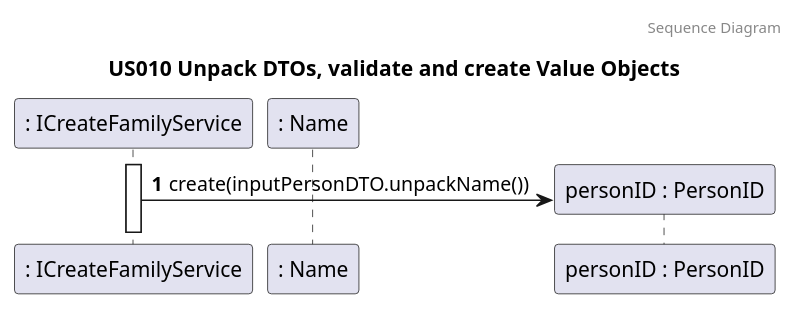
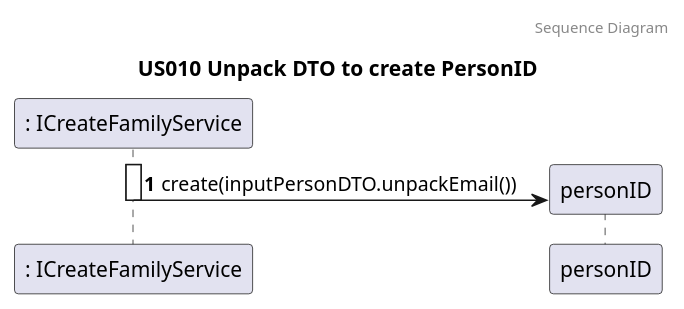
The fourth of 5 diagrams in docs/sprint4/user_stories/US010_CreateAFamilyAndSetAdministrator.md (tomas-osswald/switch_2020_g3), drawn with PlantUML before and after one commit. The commit also changed 4 other files, not shown here.

Commit message:
add sequence diagram ref - personID

`````diff
--- a/docs/sprint4/user_stories/US010_CreateAFamilyAndSetAdministrator.md
+++ b/docs/sprint4/user_stories/US010_CreateAFamilyAndSetAdministrator.md
@@ -175,19 +175,15 @@
 ````puml
 @startuml
 
 autonumber
 header Sequence Diagram
-title US010 Unpack DTOs, validate and create Value Objects
+title US010 Unpack DTO to create PersonID
 
-participant ": ICreateFamilyService" as FamAdminService
-participant ": Name" as name
-participant "personID : PersonID" as personID
+participant ": ICreateFamilyService" as CreateFamService
 
-
-activate FamAdminService
-
-FamAdminService -> personID** : create(inputPersonDTO.unpackName())
-
+activate CreateFamService
+CreateFamService -> personID** : create(inputPersonDTO.unpackEmail())
+deactivate CreateFamService
 
 @enduml
 ````
`````
